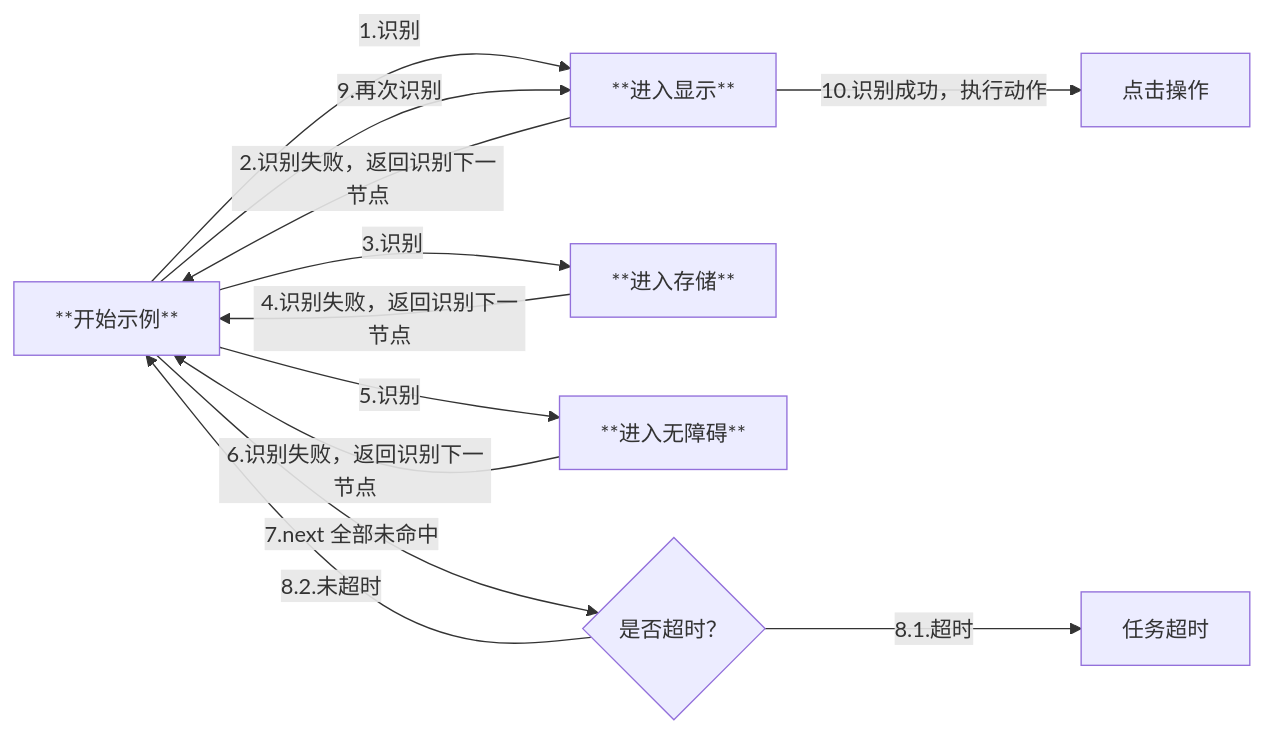
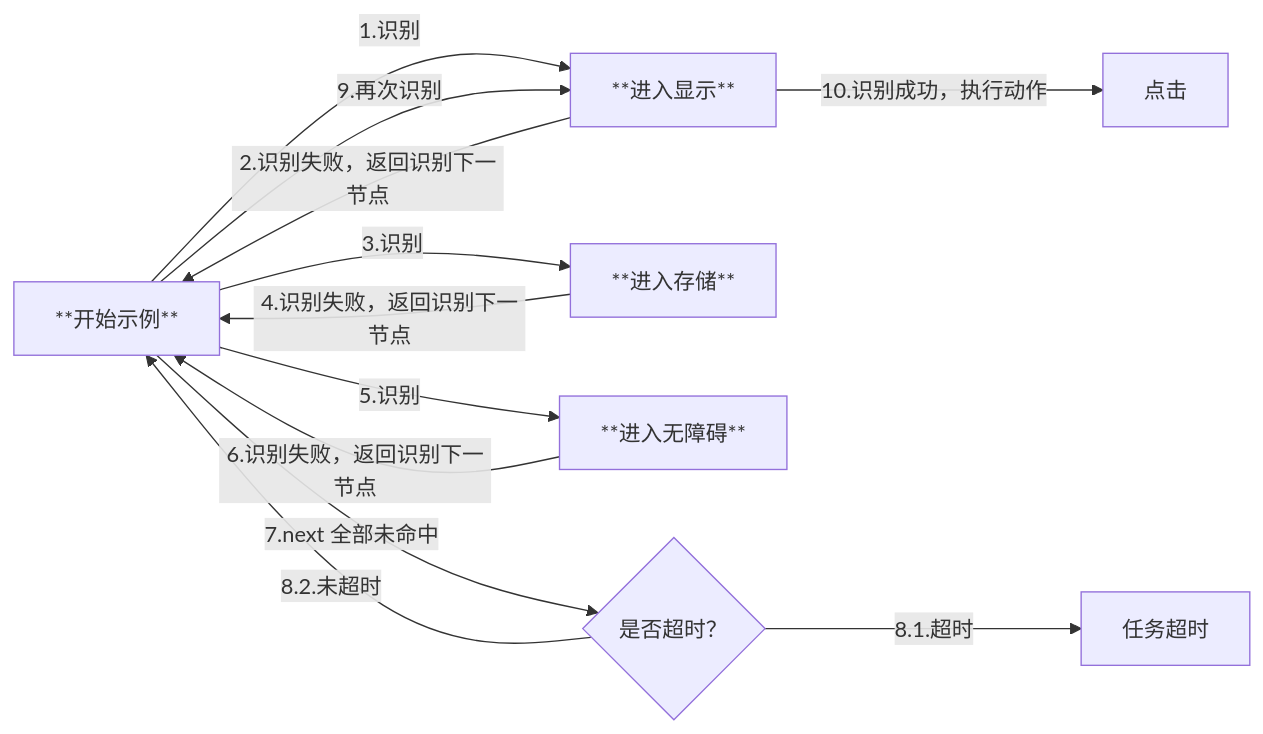
One commit to MaaXYZ/MaaFramework changed the second of 2 diagrams in docs/zh_cn/3.1-任务流水线协议.md. Above: the diagram before and after it, drawn with Mermaid. The commit also changed other lines of this file, not shown here.

````diff
--- a/docs/zh_cn/3.1-任务流水线协议.md
+++ b/docs/zh_cn/3.1-任务流水线协议.md
@@ -114,14 +117,14 @@
 ```mermaid
     graph LR
         A[**开始示例**] -->|1.识别| B[**进入显示**]
         B -->|2.识别失败，返回识别下一节点| A
         A -->|3.识别| Y[**进入存储**]
         Y -->|4.识别失败，返回识别下一节点| A
         A -->|5.识别| Z[**进入无障碍**]
         Z -->|6.识别失败，返回识别下一节点| A
         A -->|7.next 全部未命中|E{是否超时？}
         E -->|8.1.超时| ZA[任务超时]
         E -->|8.2.未超时| A
         A -->|9.再次识别| B
-        B -->|10.识别成功，执行动作| F[点击操作]
+        B -->|10.识别成功，执行动作| F[点击]
 ```
````
